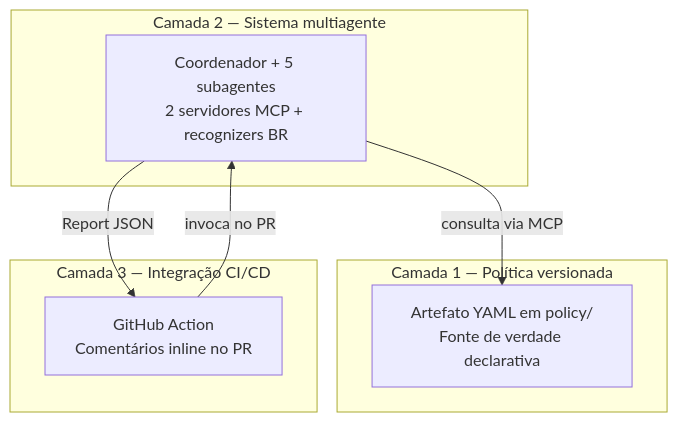
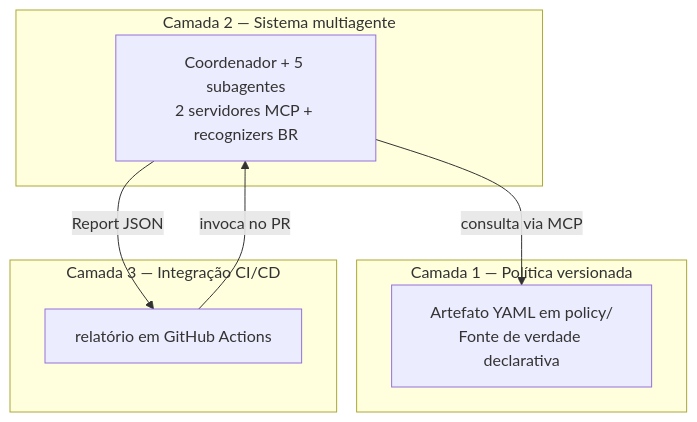
The first of 2 diagrams in docs/process/relatorio-tcc2.md (paivapereira/lgpd-policy-review), drawn with Mermaid before and after one commit. The commit also changed other lines of this file and 2 other files, not shown here.

First line of the commit message:
Docs/report rev objf inline stages (#114)

````diff
--- a/docs/process/relatorio-tcc2.md
+++ b/docs/process/relatorio-tcc2.md
@@ -205,15 +205,15 @@
 ```mermaid
 flowchart TB
     subgraph L1[Camada 1 — Política versionada]
         P[Artefato YAML em policy/<br/>Fonte de verdade declarativa]
     end
     subgraph L2[Camada 2 — Sistema multiagente]
         M[Coordenador + 5 subagentes<br/>2 servidores MCP + recognizers BR]
     end
     subgraph L3[Camada 3 — Integração CI/CD]
-        C[GitHub Action<br/>Comentários inline no PR]
+        C[relatório em GitHub Actions]
     end
     M -->|consulta via MCP| P
     C -->|invoca no PR| M
     M -->|Report JSON| C
 ```
````
